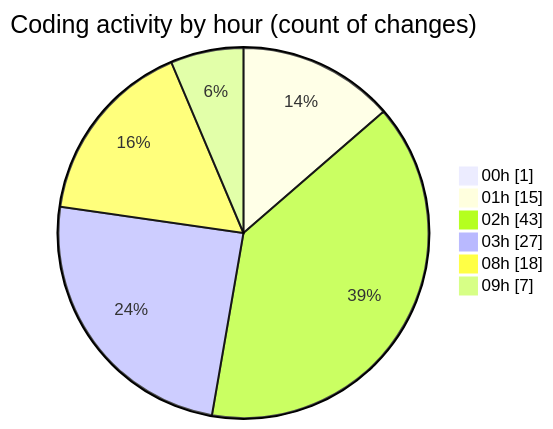
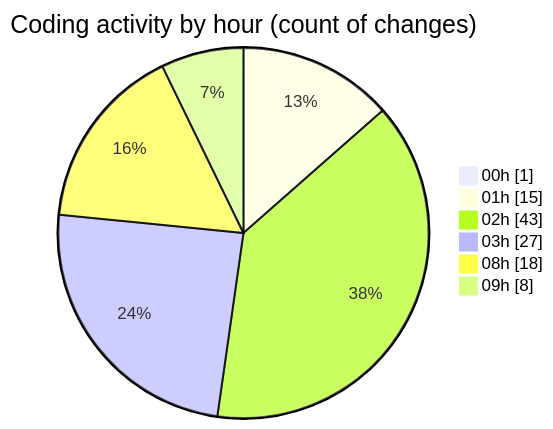
Before and after one commit to Elitesun/code-tracking: the second of 2 diagrams in 2025-05-01/niten/README.md, drawn with Mermaid. The commit also changed other lines of this file and 1 other file, not shown here.

````diff
--- a/2025-05-01/niten/README.md
+++ b/2025-05-01/niten/README.md
@@ -60,10 +60,10 @@
 ```mermaid
 pie showData
 title Coding activity by hour (count of changes)
 "00h" : 1
 "01h" : 15
 "02h" : 43
 "03h" : 27
 "08h" : 18
-"09h" : 7
+"09h" : 8
 ```
````
